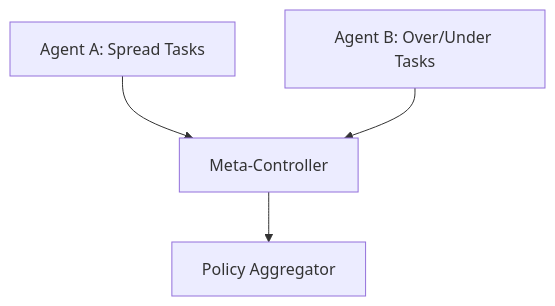
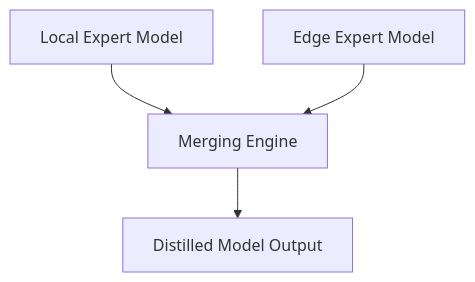
The fourth of 6 diagrams in 03_training_pipeline.md (VegaisMVP/AI-prediction-model-research), drawn with Mermaid before and after one commit. The commit also changed other lines of this file, not shown here.

````diff
--- a/03_training_pipeline.md
+++ b/03_training_pipeline.md
@@ -60,6 +147,6 @@
 ```mermaid
 graph TD
-    A1[Agent A: Spread Tasks] --> C[Meta-Controller]
-    A2[Agent B: Over/Under Tasks] --> C
-    C --> D[Policy Aggregator]
+    L1[Local Expert Model] --> M[Merging Engine]
+    L2[Edge Expert Model] --> M
+    M --> D[Distilled Model Output]
 ```
````
